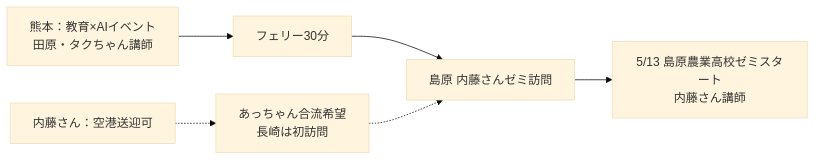
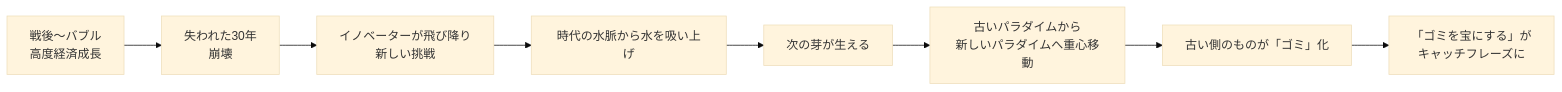
Before and after one commit to VOMOYA/planetary-learning-mtg-reports: the third of 10 diagrams in プラネタリーラーニング運営MTG_20260430.md, drawn with Mermaid (base theme). The commit also changed other lines of this file, not shown here.

````diff
--- a/プラネタリーラーニング運営MTG_20260430.md
+++ b/プラネタリーラーニング運営MTG_20260430.md
@@ -142,8 +142,10 @@
 ```mermaid
 graph LR
-  A[熊本：教育×AIイベント<br/>田原・タクちゃん講師] --> B[フェリー30分]
-  B --> C[島原 内藤さんゼミ訪問]
-  C --> D[5/13 島原農業高校ゼミスタート<br/>内藤さん講師]
-  E[あっちゃん合流希望<br/>長崎は初訪問] -.-> C
-  F[内藤さん：空港送迎可] -.-> E
+  A[戦後〜バブル<br/>高度経済成長] --> B[失われた30年<br/>崩壊]
+  B --> C[イノベーターが飛び降り<br/>新しい挑戦]
+  C --> D[時代の水脈から水を吸い上げ]
+  D --> E[次の芽が生える]
+  E --> F[古いパラダイムから<br/>新しいパラダイムへ重心移動]
+  F --> G[古い側のものが「ゴミ」化]
+  G --> H[「ゴミを宝にする」が<br/>キャッチフレーズに]
 ```
````
